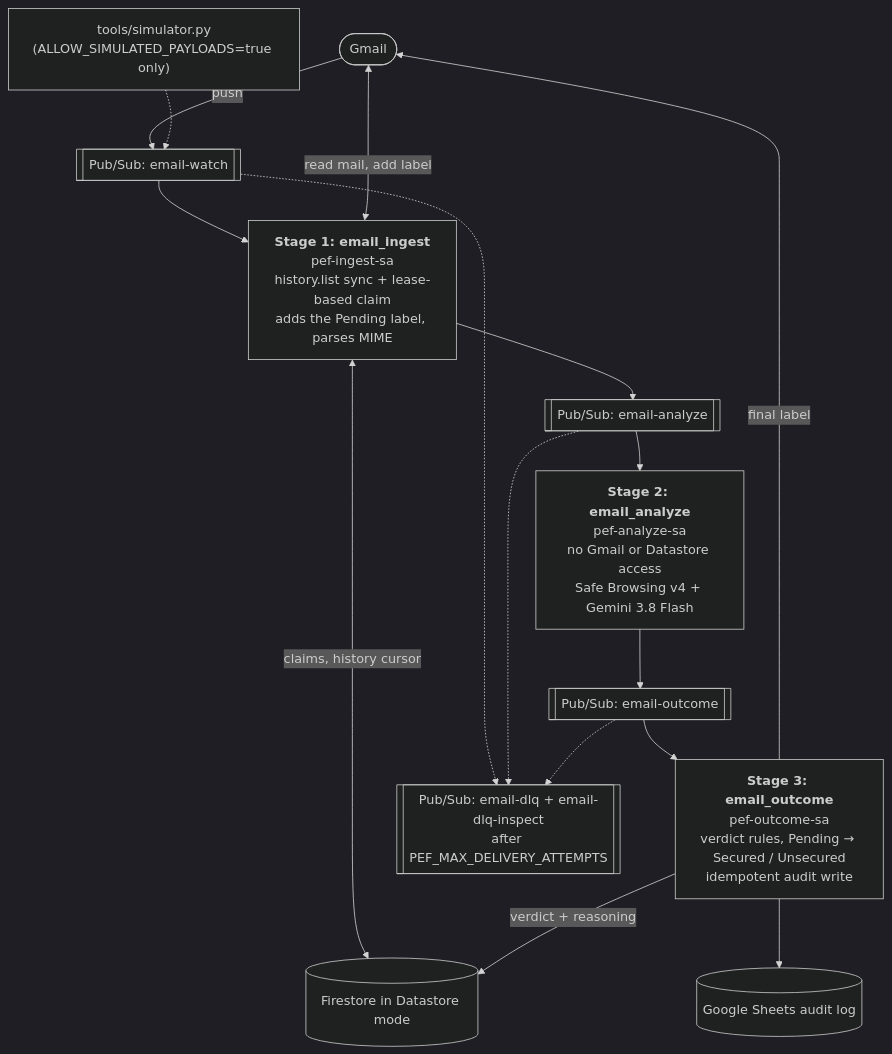
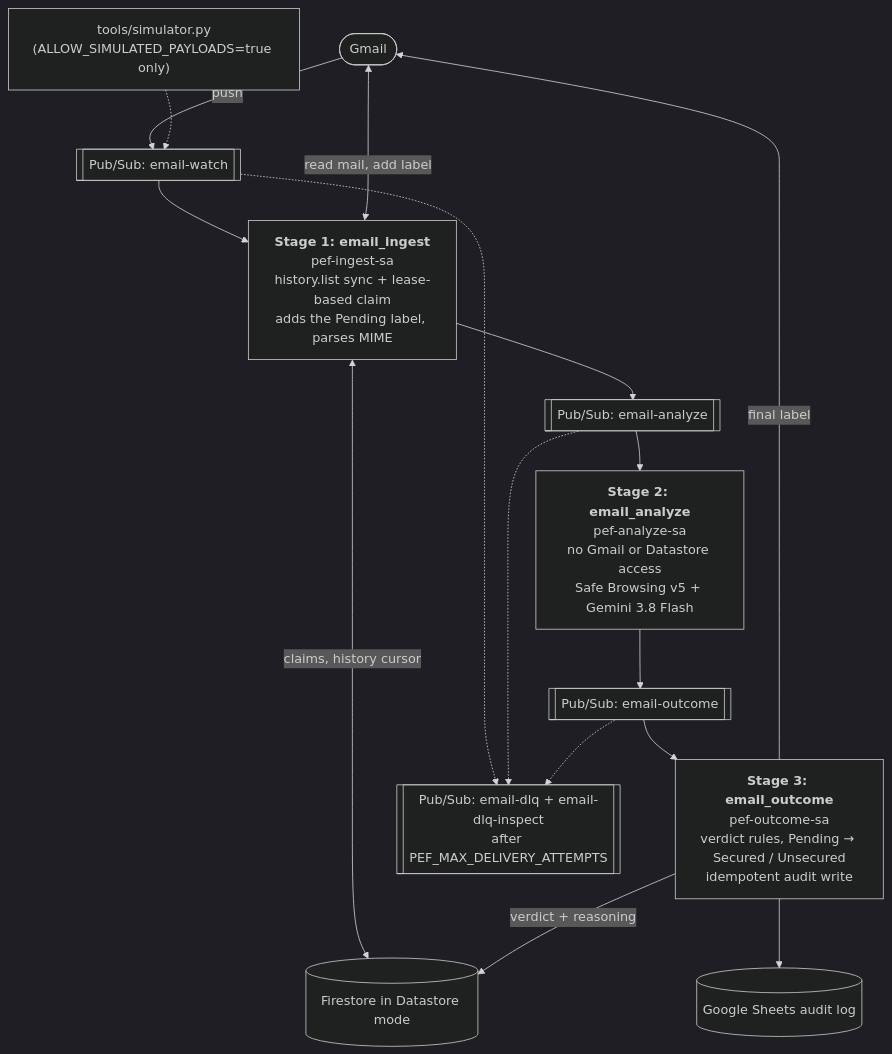
The first of 2 diagrams in README.md (lineargs/pef-gemini), drawn with Mermaid (dark theme) before and after one commit. The commit also changed other lines of this file and 8 other files, not shown here.

Commit message:
refactor: upgrade Safe Browsing from v4 to v5 API and add check tool

````diff
--- a/README.md
+++ b/README.md
@@ -80,19 +80,19 @@
 ```mermaid
 flowchart TB
     Gmail(["Gmail"]) -->|push| TW[["Pub/Sub: email-watch"]]
     Sim["tools/simulator.py<br/>(ALLOW_SIMULATED_PAYLOADS=true only)"] -.-> TW
 
     TW --> Ingest["<b>Stage 1: email_ingest</b><br/>pef-ingest-sa<br/>history.list sync + lease-based claim<br/>adds the Pending label, parses MIME"]
     Ingest --> TA[["Pub/Sub: email-analyze"]]
-    TA --> Analyze["<b>Stage 2: email_analyze</b><br/>pef-analyze-sa<br/>no Gmail or Datastore access<br/>Safe Browsing v4 + Gemini 3.8 Flash"]
+    TA --> Analyze["<b>Stage 2: email_analyze</b><br/>pef-analyze-sa<br/>no Gmail or Datastore access<br/>Safe Browsing v5 + Gemini 3.8 Flash"]
     Analyze --> TO[["Pub/Sub: email-outcome"]]
     TO --> Outcome["<b>Stage 3: email_outcome</b><br/>pef-outcome-sa<br/>verdict rules, Pending → Secured / Unsecured<br/>idempotent audit write"]
 
     Ingest <-->|read mail, add label| Gmail
     Ingest <-->|claims, history cursor| DS[("Firestore in Datastore mode")]
     Outcome -->|final label| Gmail
     Outcome -->|verdict + reasoning| DS
     Outcome --> Sheets[("Google Sheets audit log")]
 
     TW & TA & TO -.-> DLQ[["Pub/Sub: email-dlq + email-dlq-inspect<br/>after PEF_MAX_DELIVERY_ATTEMPTS"]]
 ```
````
